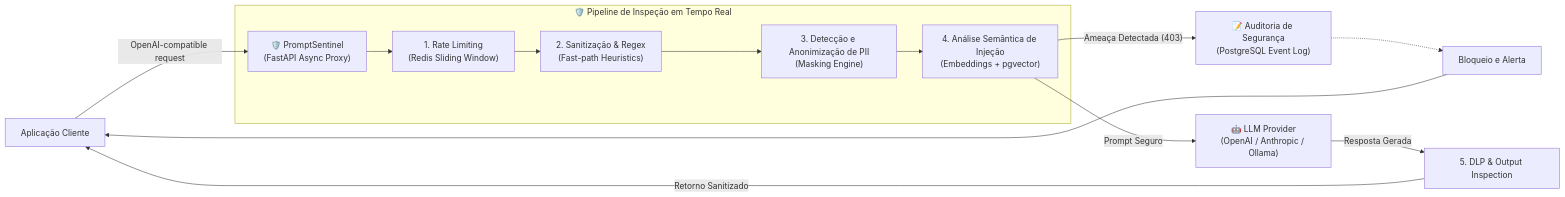
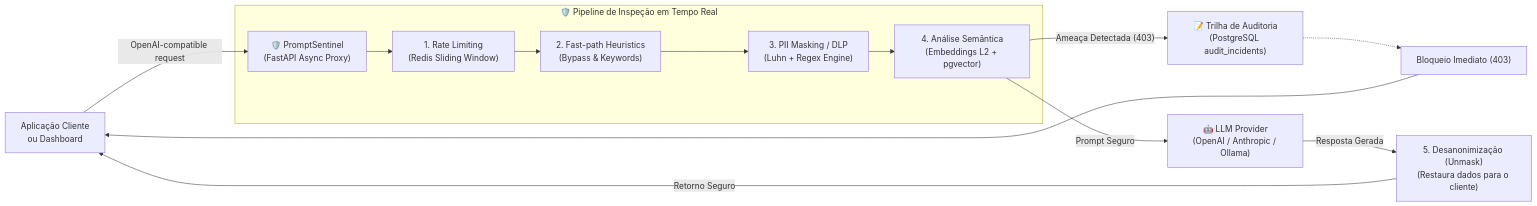
Before and after one commit to TheVingance/prompt-sentinel: the diagram in README.md, drawn with Mermaid. The commit also changed other lines of this file and 1 other file, not shown here.

Commit message:
docs: enrich README with dashboard guide, route catalog, and benchmark metrics

````diff
--- a/README.md
+++ b/README.md
@@ -43,18 +61,18 @@
 ```mermaid
 flowchart LR
-    Client["Aplicação Cliente"] -->|"OpenAI-compatible request"| Gateway["🛡️ PromptSentinel\n(FastAPI Async Proxy)"]
+    Client["Aplicação Cliente\nou Dashboard"] -->|"OpenAI-compatible request"| Gateway["🛡️ PromptSentinel\n(FastAPI Async Proxy)"]
     
     subgraph Pipeline ["🛡️ Pipeline de Inspeção em Tempo Real"]
         Gateway --> RL["1. Rate Limiting\n(Redis Sliding Window)"]
-        RL --> Sanitizer["2. Sanitização & Regex\n(Fast-path Heuristics)"]
-        Sanitizer --> PII["3. Detecção e Anonimização de PII\n(Masking Engine)"]
-        PII --> Semantic["4. Análise Semântica de Injeção\n(Embeddings + pgvector)"]
+        RL --> Sanitizer["2. Fast-path Heuristics\n(Bypass & Keywords)"]
+        Sanitizer --> PII["3. PII Masking / DLP\n(Luhn + Regex Engine)"]
+        PII --> Semantic["4. Análise Semântica\n(Embeddings L2 + pgvector)"]
     end
     
-    Semantic -->|"Ameaça Detectada (403)"| Audit["📝 Auditoria de Segurança\n(PostgreSQL Event Log)"]
-    Audit -.-> BlockResp["Bloqueio e Alerta"] --> Client
+    Semantic -->|"Ameaça Detectada (403)"| Audit["📝 Trilha de Auditoria\n(PostgreSQL audit_incidents)"]
+    Audit -.-> BlockResp["Bloqueio Imediato (403)"] --> Client
     
     Semantic -->|"Prompt Seguro"| TargetLLM["🤖 LLM Provider\n(OpenAI / Anthropic / Ollama)"]
-    TargetLLM -->|"Resposta Gerada"| OutInspect["5. DLP & Output Inspection"]
-    OutInspect -->|"Retorno Sanitizado"| Client
+    TargetLLM -->|"Resposta Gerada"| Unmask["5. Desanonimização (Unmask)\n(Restaura dados para o cliente)"]
+    Unmask -->|"Retorno Seguro"| Client
 ```
````
